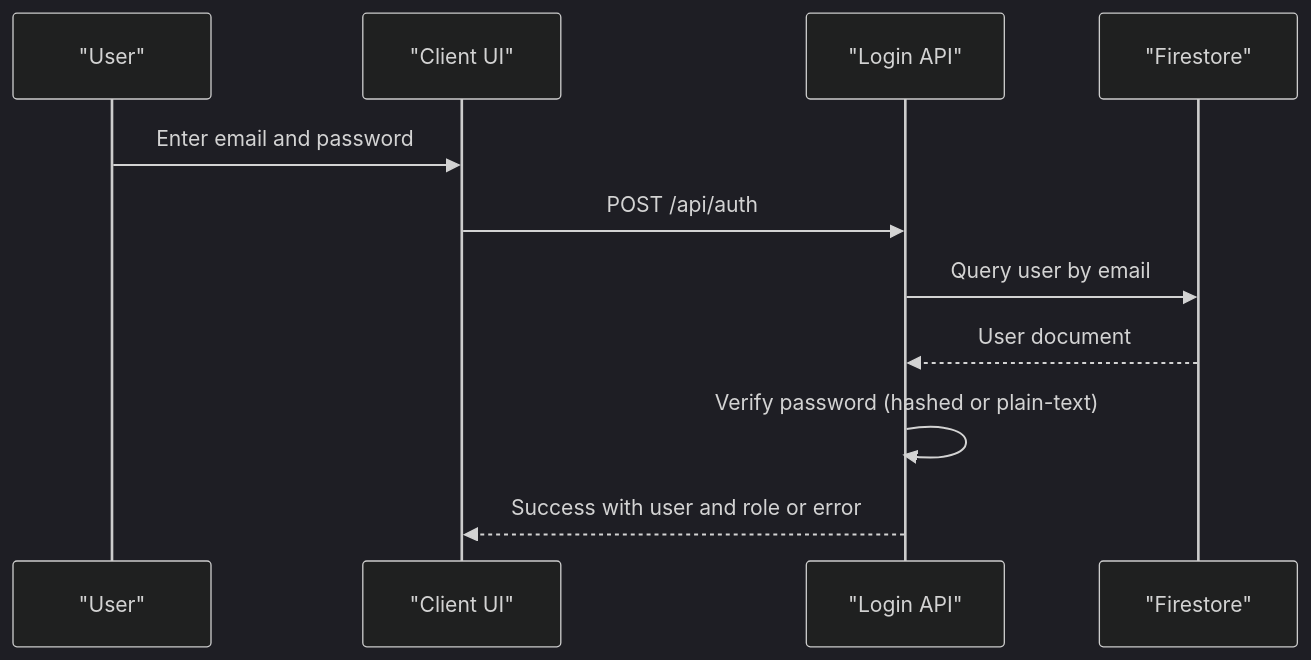
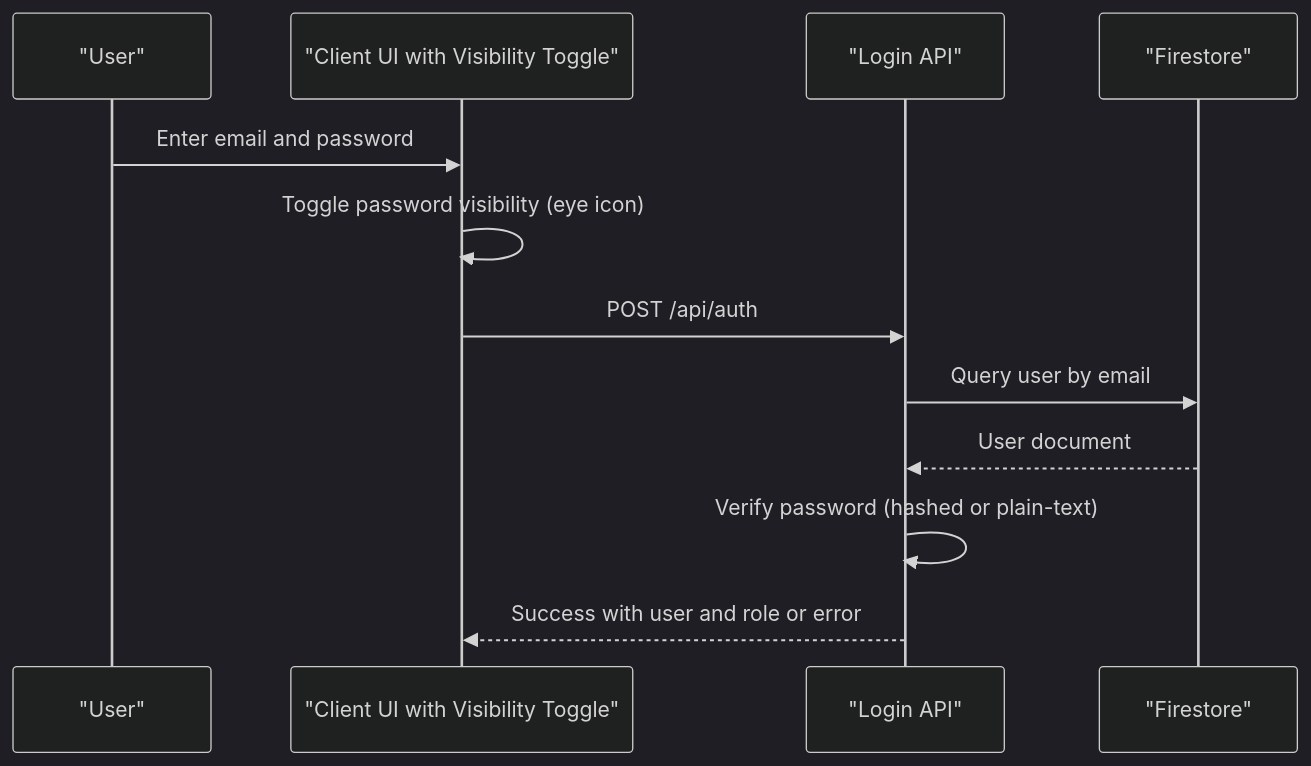
Before and after one commit to Unsure-bry/sampacoop_system: the second of 10 diagrams in .qoder/repowiki/en/content/Authentication & Authorization System/Password Security & Management.md, drawn with Mermaid (dark theme). The commit also changed other lines of this file and 1 other file, not shown here.

Commit message:
addition for eye icon on the set up password to user

````diff
--- a/.qoder/repowiki/en/content/Authentication & Authorization System/Password Security & Management.md
+++ b/.qoder/repowiki/en/content/Authentication & Authorization System/Password Security & Management.md
@@ -99,13 +121,14 @@
 ```mermaid
 sequenceDiagram
 participant U as "User"
-participant UI as "Client UI"
+participant UI as "Client UI with Visibility Toggle"
 participant API as "Login API"
 participant DB as "Firestore"
 U->>UI : Enter email and password
+UI->>UI : Toggle password visibility (eye icon)
 UI->>API : POST /api/auth
 API->>DB : Query user by email
 DB-->>API : User document
 API->>API : Verify password (hashed or plain-text)
 API-->>UI : Success with user and role or error
 ```
````
